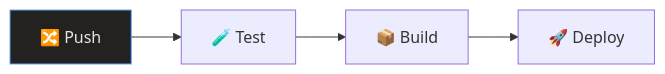
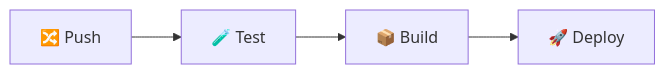
The second of 3 diagrams in skills/tech-docs.md (relukdev/doc-kit), drawn with Mermaid before and after one commit. The commit also changed other lines of this file and 48 other files, not shown here.

First line of the commit message:
fix: remove hard-coded Mermaid dark-mode colors, use native themes for light/dark

````diff
--- a/skills/tech-docs.md
+++ b/skills/tech-docs.md
@@ -227,7 +224,6 @@
 ```mermaid
 graph LR
-    style A fill:#232221,stroke:#60A5FA,color:#E8E5DF
     A["🔀 Push"] --> B["🧪 Test"]
     B --> C["📦 Build"]
     C --> D["🚀 Deploy"]
 ```
````
